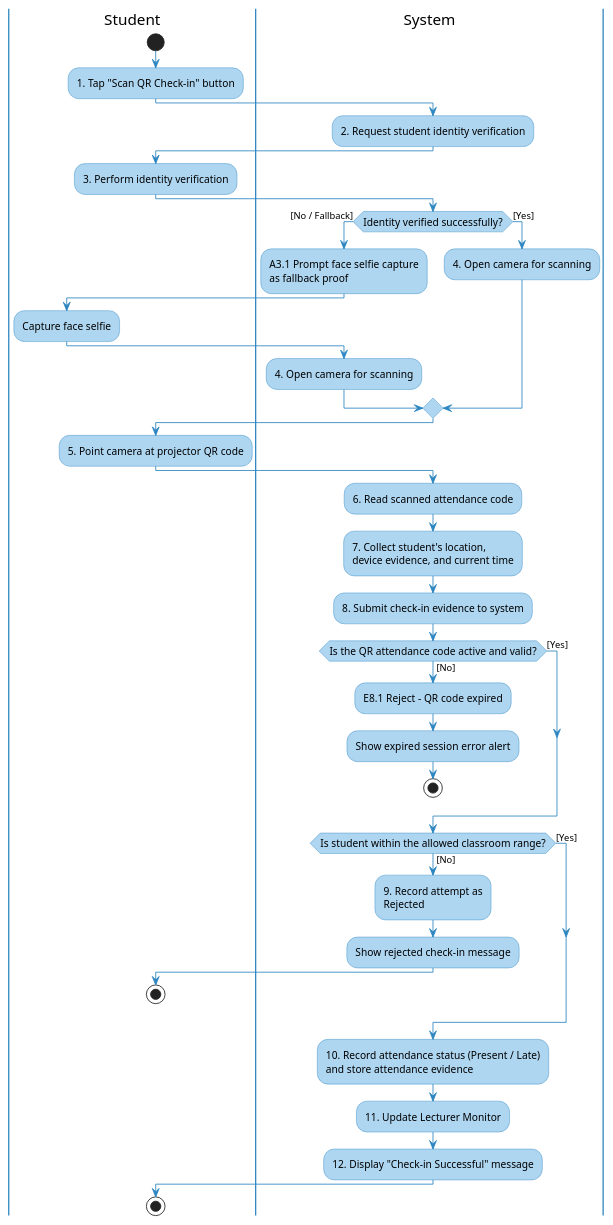
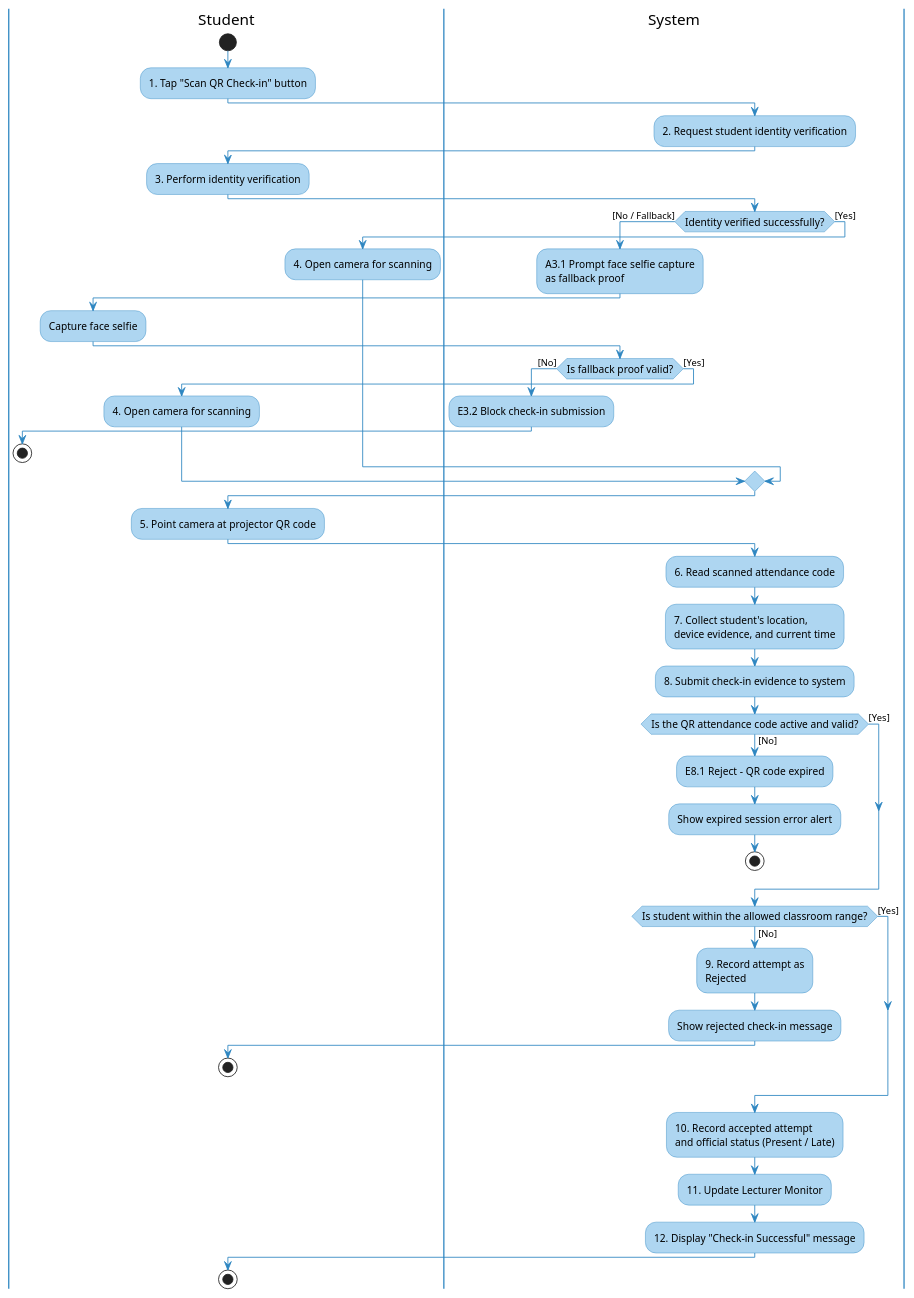
Before and after one commit to nttung42/SWD392: the fourth of 6 diagrams in docs/sds/1_Requirement.md, drawn with PlantUML. The commit also changed other lines of this file and 1 other file, not shown here.

````diff
--- a/docs/sds/1_Requirement.md
+++ b/docs/sds/1_Requirement.md
@@ -457,70 +456,76 @@
 ```plantuml
 @startuml UC02_Activity_Swimlane
 skinparam ActivityBackgroundColor #AED6F1
 skinparam ActivityBorderColor #2E86C1
 skinparam ActivityDiamondBackgroundColor #AED6F1
 skinparam ActivityDiamondBorderColor #2E86C1
 skinparam ArrowColor #2E86C1
 skinparam ActivityFontSize 12
 skinparam swimlaneBorderColor #2E86C1
 skinparam swimlaneHeaderFontStyle bold
 
 |Student|
 start
 :1. Tap "Scan QR Check-in" button;
 
 |System|
 :2. Request student identity verification;
 
 |Student|
 :3. Perform identity verification;
 
 |System|
 if (Identity verified successfully?) then ([No / Fallback])
   :A3.1 Prompt face selfie capture\nas fallback proof;
   |Student|
   :Capture face selfie;
   |System|
-  :4. Open camera for scanning;
+  if (Is fallback proof valid?) then ([No])
+    :E3.2 Block check-in submission;
+    |Student|
+    stop
+  else ([Yes])
+    :4. Open camera for scanning;
+  endif
 else ([Yes])
   :4. Open camera for scanning;
 endif
 
 |Student|
 :5. Point camera at projector QR code;
 
 |System|
 :6. Read scanned attendance code;
 :7. Collect student's location,\ndevice evidence, and current time;
 :8. Submit check-in evidence to system;
 
 |System|
 if (Is the QR attendance code active and valid?) then ([No])
   :E8.1 Reject - QR code expired;
   |System|
   :Show expired session error alert;
   stop
 else ([Yes])
 endif
 
 |System|
 if (Is student within the allowed classroom range?) then ([No])
   :9. Record attempt as\nRejected;
   |System|
   :Show rejected check-in message;
   |Student|
   stop
 else ([Yes])
 endif
 
 |System|
-:10. Record attendance status (Present / Late)\nand store attendance evidence;
+:10. Record accepted attempt\nand official status (Present / Late);
 :11. Update Lecturer Monitor;
 
 |System|
 :12. Display "Check-in Successful" message;
 
 |Student|
 stop
 @enduml
 ```
````
